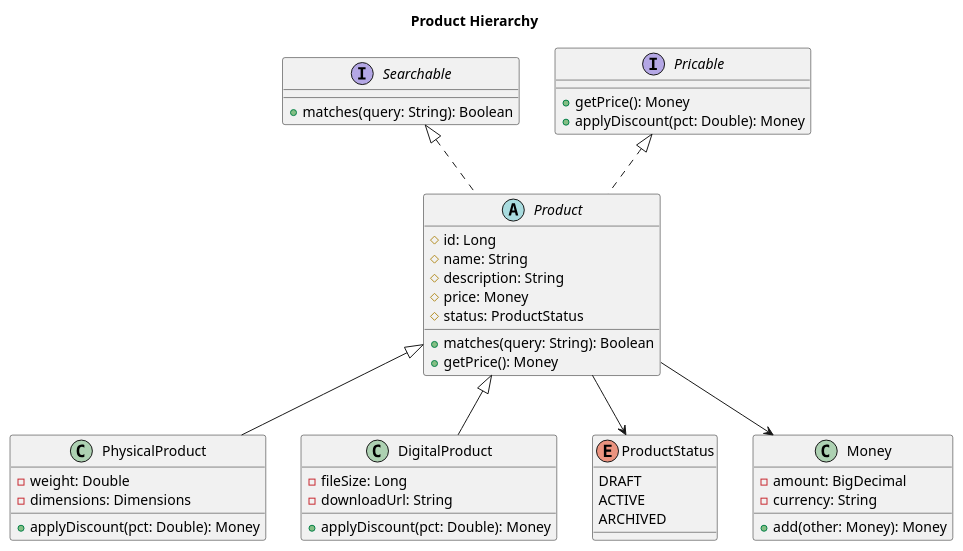
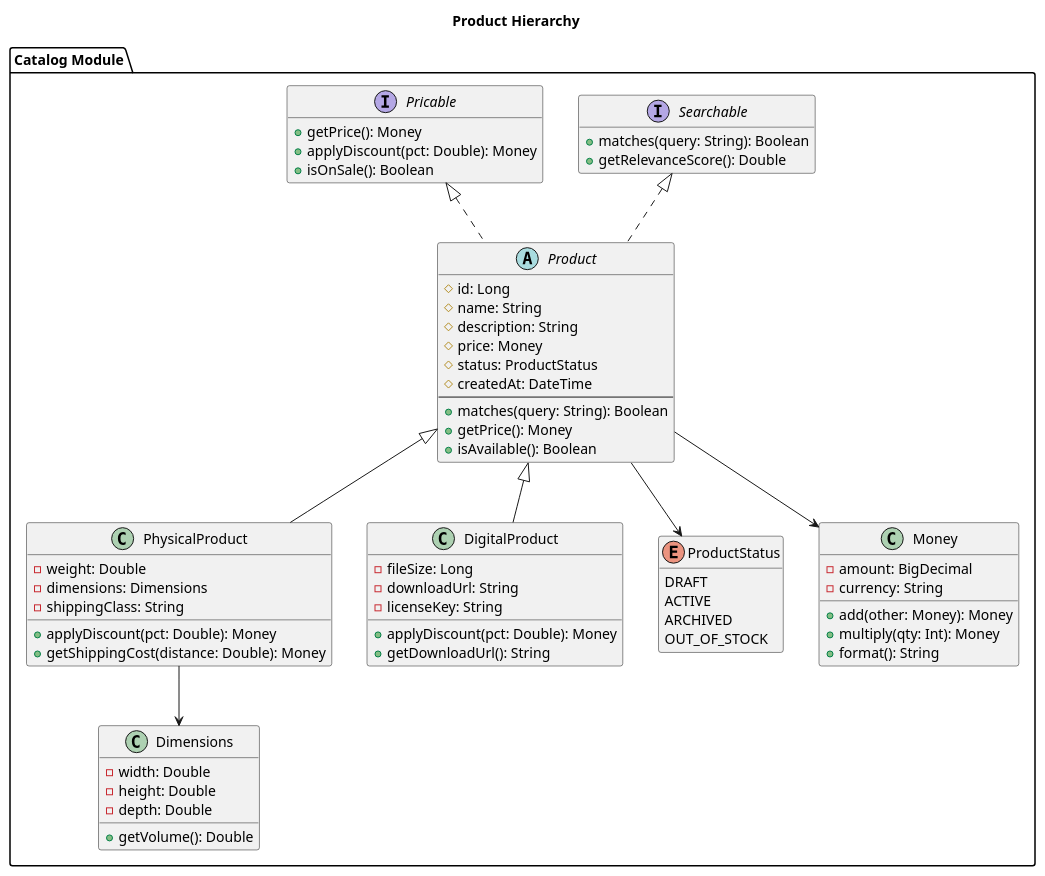
Before and after one commit to nochoco-lee/posit: the diagram in test_scripts/gallery/plantuml_class/advanced_03.puml, drawn with PlantUML. The commit also changed 39 other files, not shown here.

First line of the commit message:
feat: rewrite all advanced diagrams with commonly-used features

```diff
--- a/test_scripts/gallery/plantuml_class/advanced_03.puml
+++ b/test_scripts/gallery/plantuml_class/advanced_03.puml
@@ -1,49 +1,73 @@
 @startuml
 title Product Hierarchy
 
-interface Searchable {
-  +matches(query: String): Boolean
-}
+hide empty members
 
-interface Pricable {
-  +getPrice(): Money
-  +applyDiscount(pct: Double): Money
-}
+package "Catalog Module" {
+  interface Searchable {
+    +matches(query: String): Boolean
+    +getRelevanceScore(): Double
+  }
 
-abstract class Product implements Searchable, Pricable {
-  #id: Long
-  #name: String
-  #description: String
-  #price: Money
-  #status: ProductStatus
-  +matches(query: String): Boolean
-  +getPrice(): Money
-}
+  interface Pricable {
+    +getPrice(): Money
+    +applyDiscount(pct: Double): Money
+    +isOnSale(): Boolean
+  }
 
-class PhysicalProduct extends Product {
-  -weight: Double
-  -dimensions: Dimensions
-  +applyDiscount(pct: Double): Money
-}
+  abstract class Product implements Searchable, Pricable {
+    #id: Long
+    #name: String
+    #description: String
+    #price: Money
+    #status: ProductStatus
+    #createdAt: DateTime
+    --
+    +matches(query: String): Boolean
+    +getPrice(): Money
+    +isAvailable(): Boolean
+  }
 
-class DigitalProduct extends Product {
-  -fileSize: Long
-  -downloadUrl: String
-  +applyDiscount(pct: Double): Money
-}
+  class PhysicalProduct extends Product {
+    -weight: Double
+    -dimensions: Dimensions
+    -shippingClass: String
+    +applyDiscount(pct: Double): Money
+    +getShippingCost(distance: Double): Money
+  }
 
-enum ProductStatus {
-  DRAFT
-  ACTIVE
-  ARCHIVED
-}
+  class DigitalProduct extends Product {
+    -fileSize: Long
+    -downloadUrl: String
+    -licenseKey: String
+    +applyDiscount(pct: Double): Money
+    +getDownloadUrl(): String
+  }
 
-class Money {
-  -amount: BigDecimal
-  -currency: String
-  +add(other: Money): Money
+  enum ProductStatus {
+    DRAFT
+    ACTIVE
+    ARCHIVED
+    OUT_OF_STOCK
+  }
+
+  class Money {
+    -amount: BigDecimal
+    -currency: String
+    +add(other: Money): Money
+    +multiply(qty: Int): Money
+    +format(): String
+  }
+
+  class Dimensions {
+    -width: Double
+    -height: Double
+    -depth: Double
+    +getVolume(): Double
+  }
 }
 
 Product --> ProductStatus
 Product --> Money
+PhysicalProduct --> Dimensions
 @enduml
```
